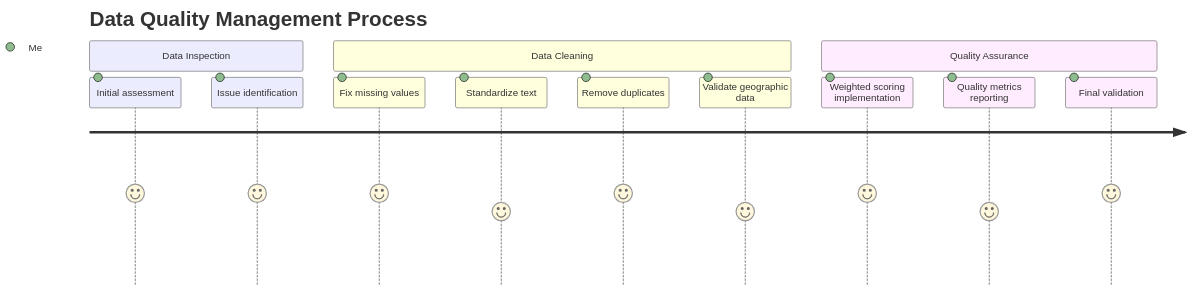
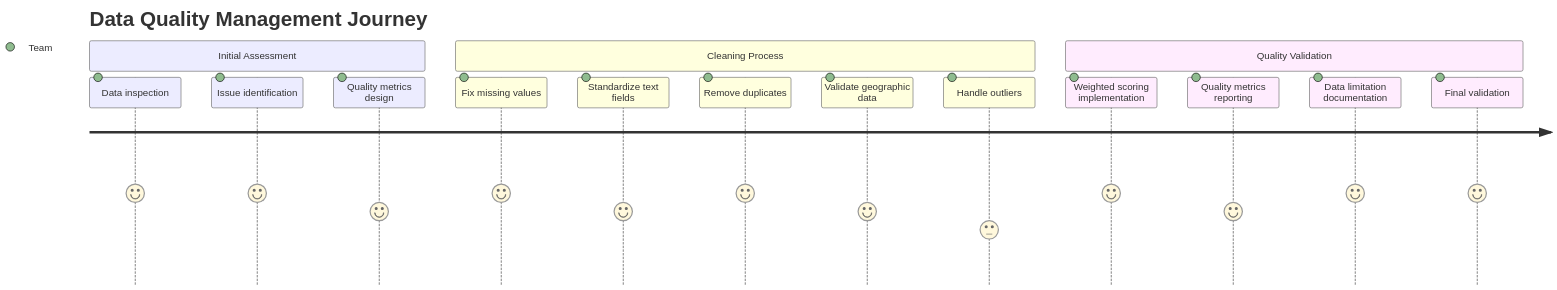
Before and after one commit to tzolkowski96/tzolkowski96: the sixth of 10 diagrams in us-household-income-analysis/README.md, drawn with Mermaid. The commit also changed other lines of this file, not shown here.

````diff
--- a/us-household-income-analysis/README.md
+++ b/us-household-income-analysis/README.md
@@ -596,16 +790,19 @@
 ```mermaid
 journey
-    title Data Quality Management Process
-    section Data Inspection
-        Initial assessment: 5: Me
-        Issue identification: 5: Me
-    section Data Cleaning
-        Fix missing values: 5: Me
-        Standardize text: 4: Me
-        Remove duplicates: 5: Me
-        Validate geographic data: 4: Me
-    section Quality Assurance
-        Weighted scoring implementation: 5: Me
-        Quality metrics reporting: 4: Me
-        Final validation: 5: Me
+    title Data Quality Management Journey
+    section Initial Assessment
+        Data inspection: 5: Team
+        Issue identification: 5: Team
+        Quality metrics design: 4: Team
+    section Cleaning Process 
+        Fix missing values: 5: Team
+        Standardize text fields: 4: Team
+        Remove duplicates: 5: Team
+        Validate geographic data: 4: Team
+        Handle outliers: 3: Team
+    section Quality Validation
+        Weighted scoring implementation: 5: Team
+        Quality metrics reporting: 4: Team
+        Data limitation documentation: 5: Team
+        Final validation: 5: Team
 ```
````
